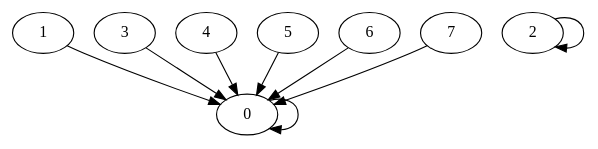
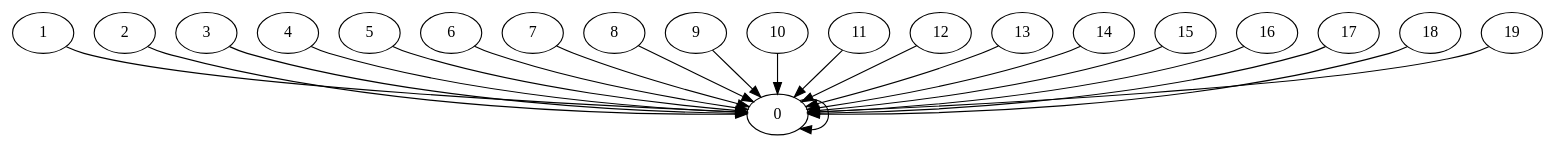
One commit to corentinckf/projetZ1 changed the diagram in partition/composantes_connexes.dot. Above: the diagram before and after it, drawn with Graphviz. The commit also changed 25 other files, not shown here.

```diff
--- a/partition/composantes_connexes.dot
+++ b/partition/composantes_connexes.dot
@@ -1,10 +1,22 @@
 digraph {
 	0 -> 0
 	1 -> 0
-	2 -> 2
+	2 -> 0
 	3 -> 0
 	4 -> 0
 	5 -> 0
 	6 -> 0
 	7 -> 0
+	8 -> 0
+	9 -> 0
+	10 -> 0
+	11 -> 0
+	12 -> 0
+	13 -> 0
+	14 -> 0
+	15 -> 0
+	16 -> 0
+	17 -> 0
+	18 -> 0
+	19 -> 0
 }
```
